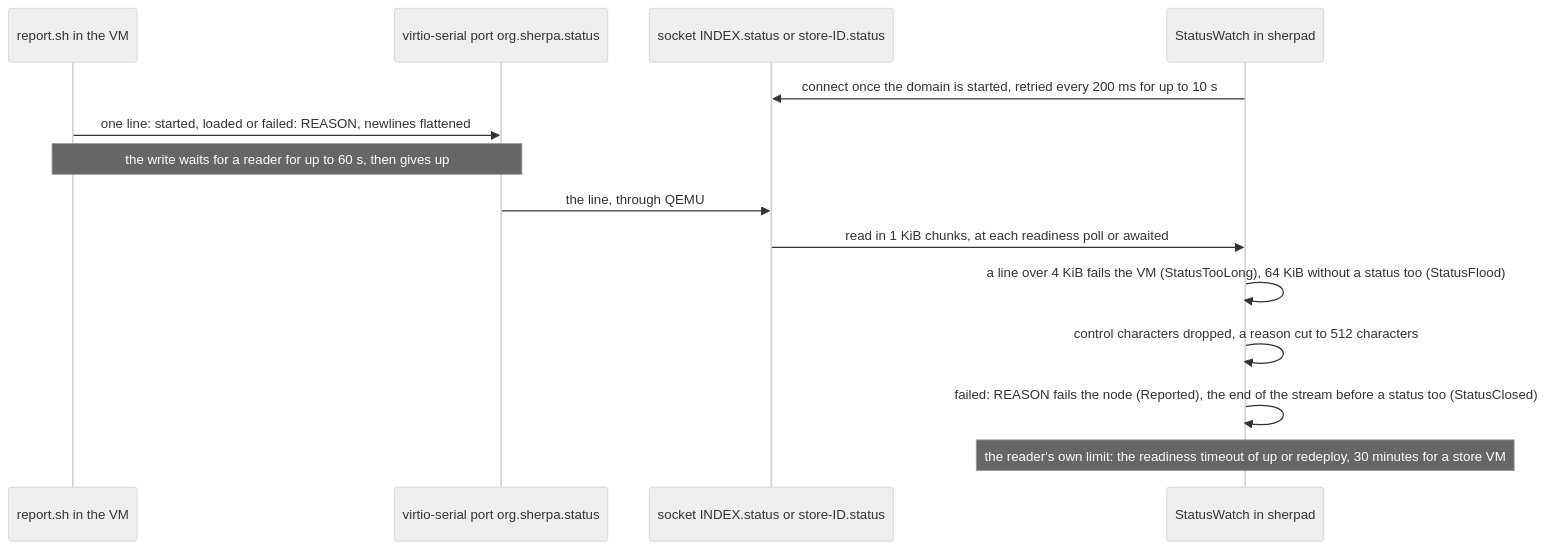
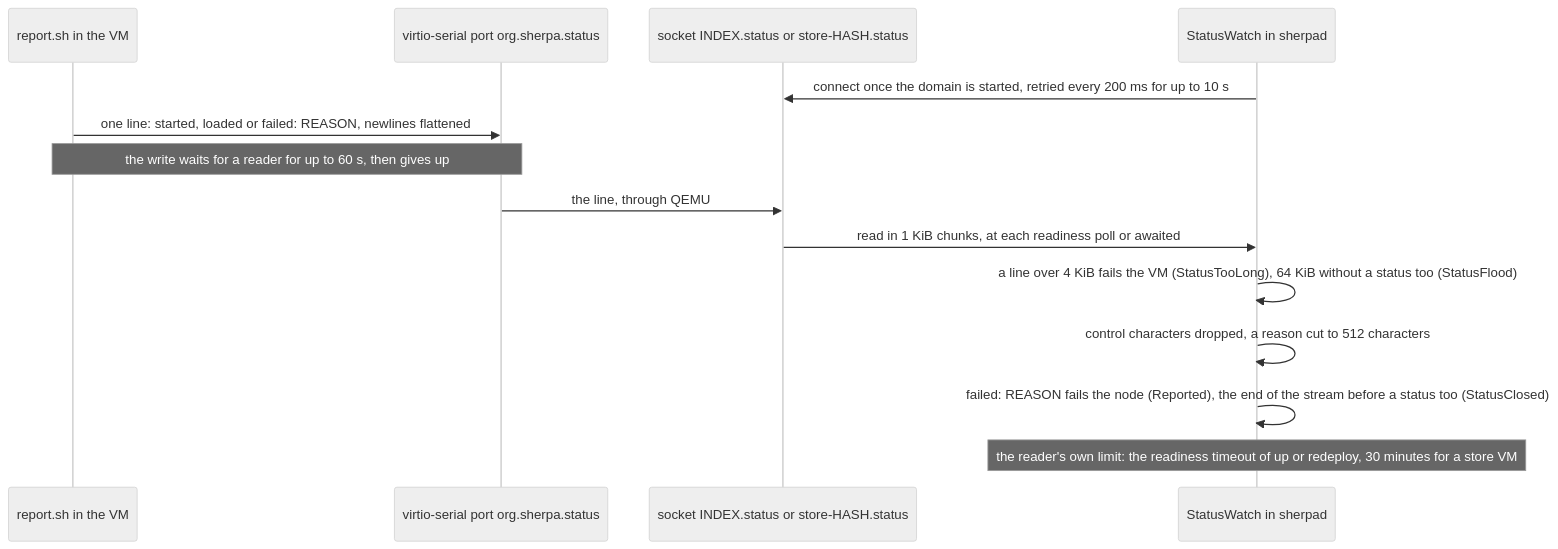
Before and after one commit to bwks/sherpa: the second of 5 diagrams in docs/architecture/SANDBOX.md, drawn with Mermaid (neutral theme). The commit also changed other lines of this file and 2 other files, not shown here.

````diff
--- a/docs/architecture/SANDBOX.md
+++ b/docs/architecture/SANDBOX.md
@@ -234,16 +183,16 @@
 ```mermaid
 sequenceDiagram
   participant R as report.sh in the VM
   participant P as virtio-serial port org.sherpa.status
-  participant Q as socket INDEX.status or store-ID.status
+  participant Q as socket INDEX.status or store-HASH.status
   participant W as StatusWatch in sherpad
   W->>Q: connect once the domain is started, retried every 200 ms for up to 10 s
   R->>P: one line: started, loaded or failed: REASON, newlines flattened
   Note over R,P: the write waits for a reader for up to 60 s, then gives up
   P->>Q: the line, through QEMU
   Q->>W: read in 1 KiB chunks, at each readiness poll or awaited
   W->>W: a line over 4 KiB fails the VM (StatusTooLong), 64 KiB without a status too (StatusFlood)
   W->>W: control characters dropped, a reason cut to 512 characters
   W->>W: failed: REASON fails the node (Reported), the end of the stream before a status too (StatusClosed)
   Note over W: the reader's own limit: the readiness timeout of up or redeploy, 30 minutes for a store VM
 ```
````
